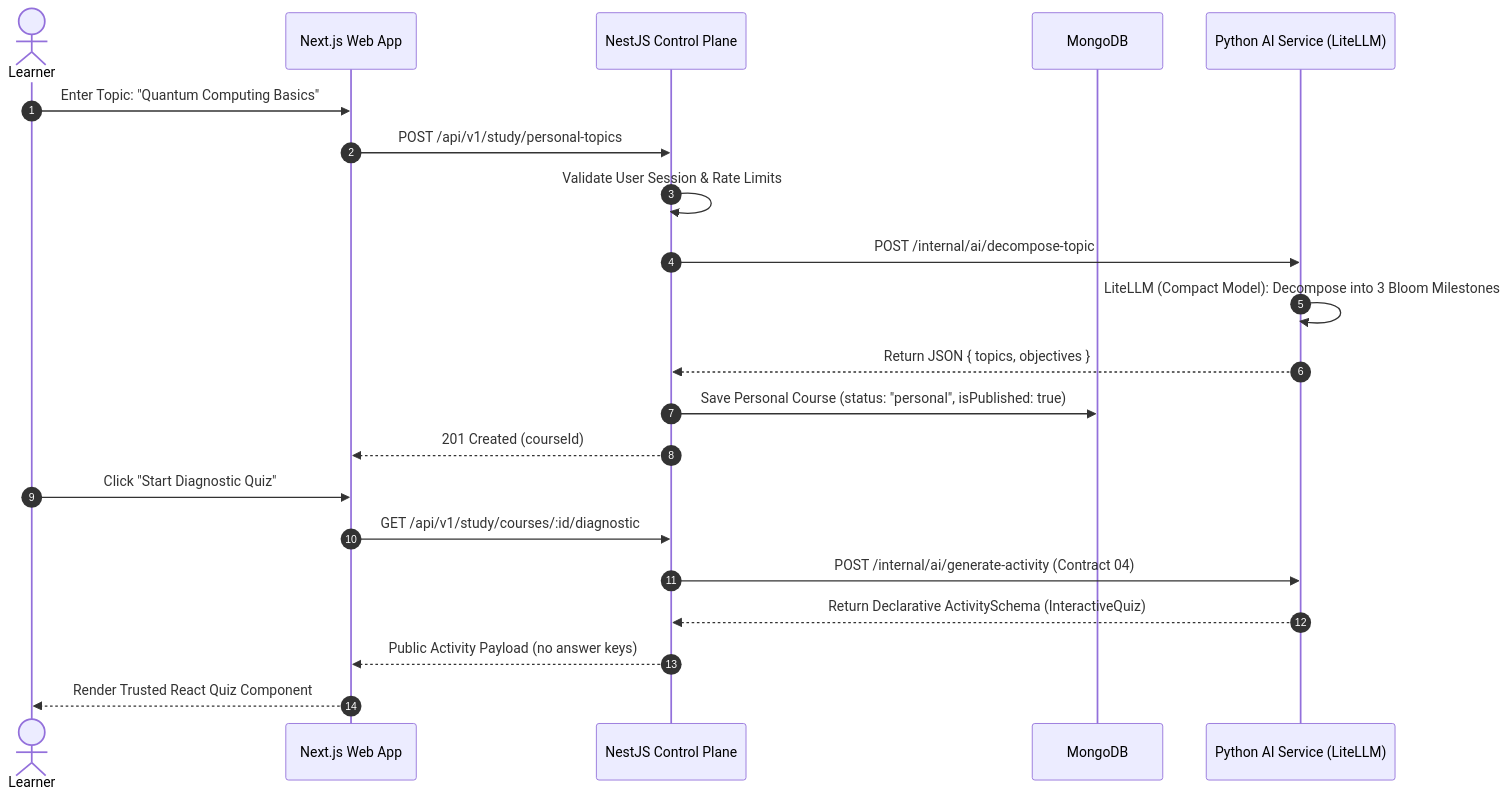
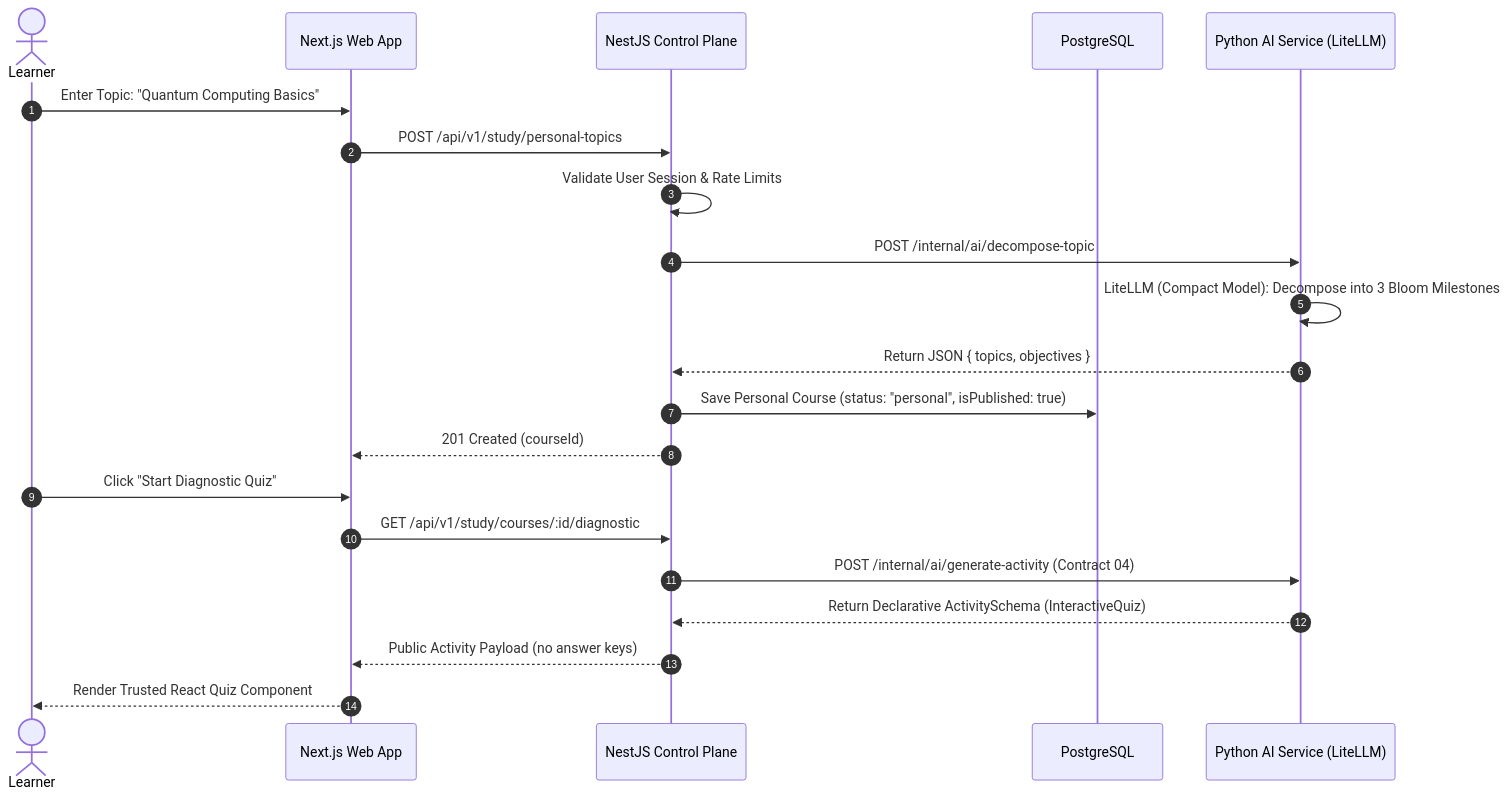
Before and after one commit to ASHEN-IX/wie-act-challenge: the second of 9 diagrams in docs/workflows.md, drawn with Mermaid. The commit also changed other lines of this file and 299 other files, not shown here.

First line of the commit message:
feat(db): migrate MongoDB to PostgreSQL with Prisma 7.10.1

````diff
--- a/docs/workflows.md
+++ b/docs/workflows.md
@@ -110,25 +110,25 @@
 ```mermaid
 sequenceDiagram
     autonumber
     actor Learner
     participant Web as Next.js Web App
     participant Nest as NestJS Control Plane
-    participant DB as MongoDB
+    participant DB as PostgreSQL
     participant AI as Python AI Service (LiteLLM)
 
     Learner->>Web: Enter Topic: "Quantum Computing Basics"
     Web->>Nest: POST /api/v1/study/personal-topics
     Nest->>Nest: Validate User Session & Rate Limits
     Nest->>AI: POST /internal/ai/decompose-topic
     AI->>AI: LiteLLM (Compact Model): Decompose into 3 Bloom Milestones
     AI-->>Nest: Return JSON { topics, objectives }
     Nest->>DB: Save Personal Course (status: "personal", isPublished: true)
     Nest-->>Web: 201 Created (courseId)
 
     Learner->>Web: Click "Start Diagnostic Quiz"
     Web->>Nest: GET /api/v1/study/courses/:id/diagnostic
     Nest->>AI: POST /internal/ai/generate-activity (Contract 04)
     AI-->>Nest: Return Declarative ActivitySchema (InteractiveQuiz)
     Nest-->>Web: Public Activity Payload (no answer keys)
     Web-->>Learner: Render Trusted React Quiz Component
 ```
````
